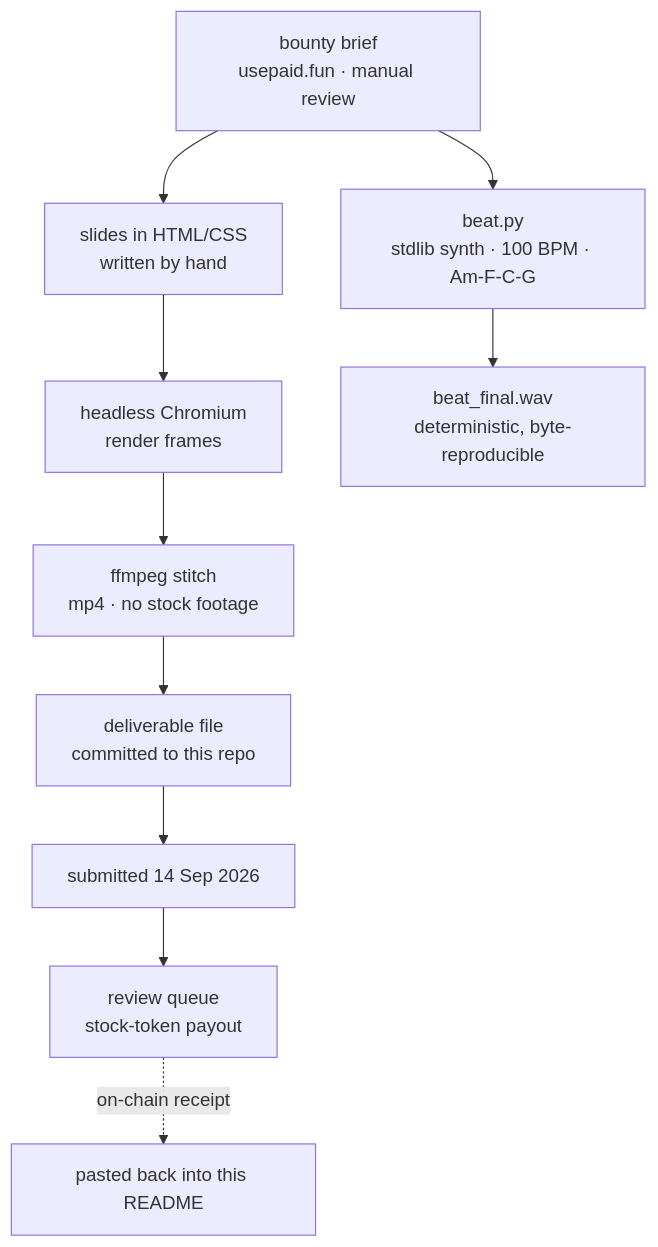
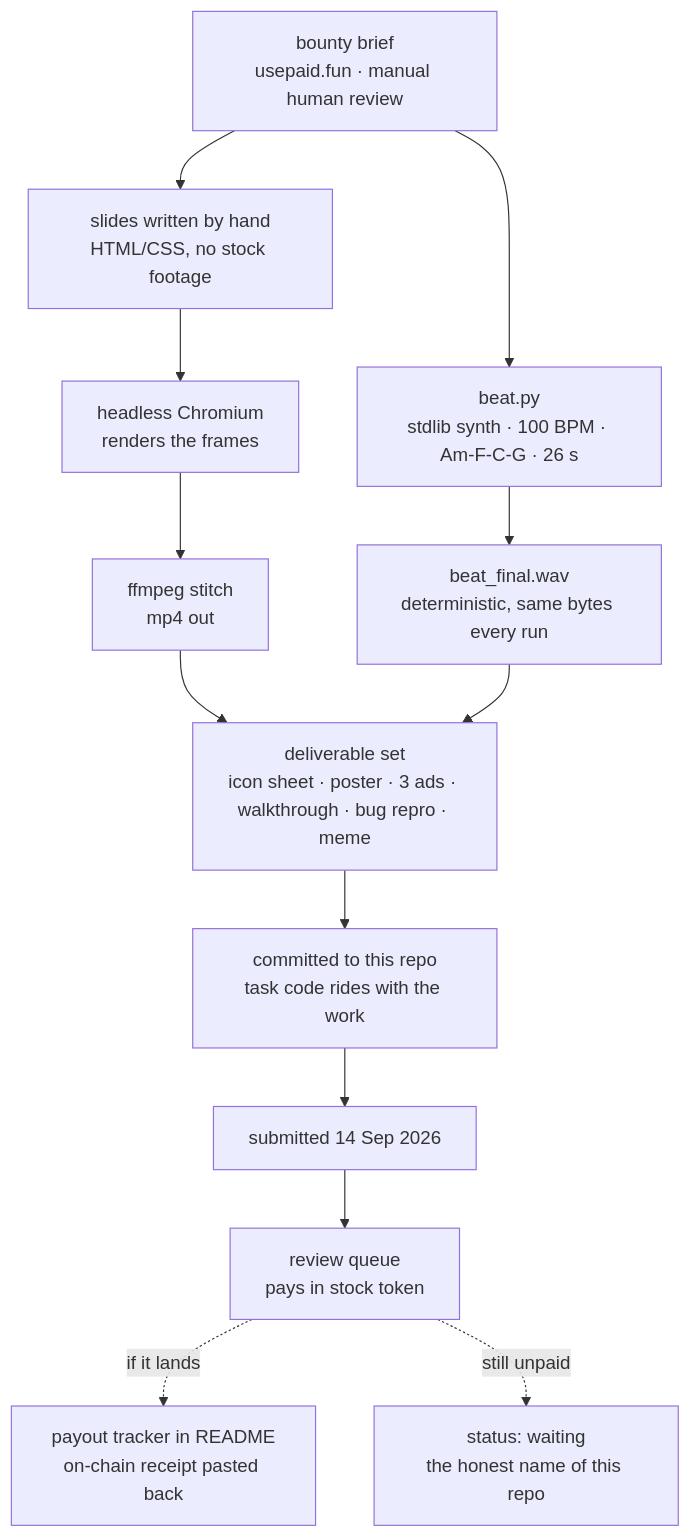
The diagram in assets/diagram.mmd (urelkdubdqwr/usepaid-unpaid), drawn with Mermaid before and after one commit. The commit also changed 3 other files, not shown here.

Commit message:
rebuild: readme + header + diagram in studio style

```diff
--- a/assets/diagram.mmd
+++ b/assets/diagram.mmd
@@ -1,10 +1,13 @@
 flowchart TD
-    B["bounty brief<br/>usepaid.fun · manual review"] --> S["slides in HTML/CSS<br/>written by hand"]
-    B --> P["beat.py<br/>stdlib synth · 100 BPM · Am-F-C-G"]
-    S --> C["headless Chromium<br/>render frames"]
-    C --> F["ffmpeg stitch<br/>mp4 · no stock footage"]
-    P --> W["beat_final.wav<br/>deterministic, byte-reproducible"]
-    F --> D["deliverable file<br/>committed to this repo"]
-    D --> R["submitted 14 Sep 2026"]
-    R --> Q["review queue<br/>stock-token payout"]
-    Q -.->|on-chain receipt| OUT["pasted back into this README"]
+    B["bounty brief<br/>usepaid.fun · manual human review"] --> S["slides written by hand<br/>HTML/CSS, no stock footage"]
+    B --> P["beat.py<br/>stdlib synth · 100 BPM · Am-F-C-G · 26 s"]
+    S --> C["headless Chromium<br/>renders the frames"]
+    C --> F["ffmpeg stitch<br/>mp4 out"]
+    P --> W["beat_final.wav<br/>deterministic, same bytes every run"]
+    F --> D["deliverable set<br/>icon sheet · poster · 3 ads · walkthrough · bug repro · meme"]
+    W --> D
+    D --> G["committed to this repo<br/>task code rides with the work"]
+    G --> R["submitted 14 Sep 2026"]
+    R --> Q["review queue<br/>pays in stock token"]
+    Q -.->|if it lands| T["payout tracker in README<br/>on-chain receipt pasted back"]
+    Q -.->|still unpaid| U["status: waiting<br/>the honest name of this repo"]
```
